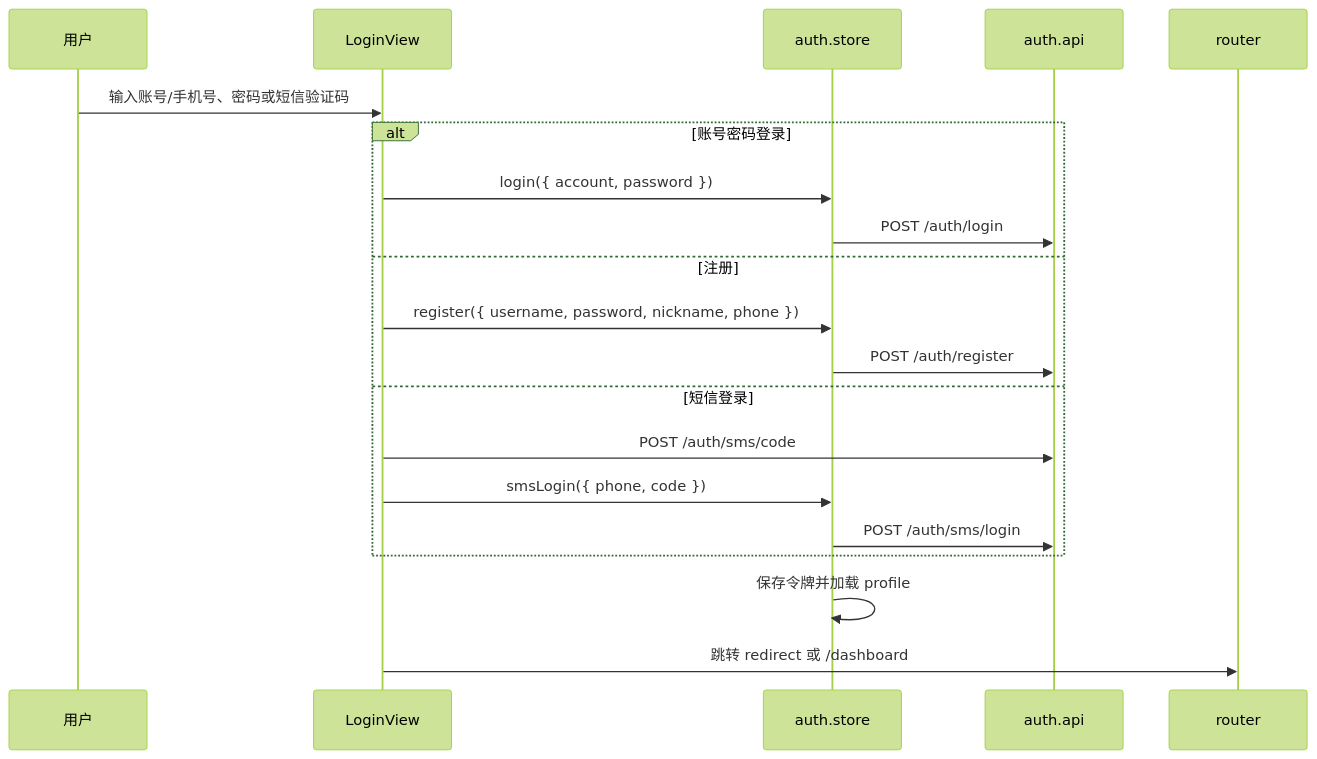
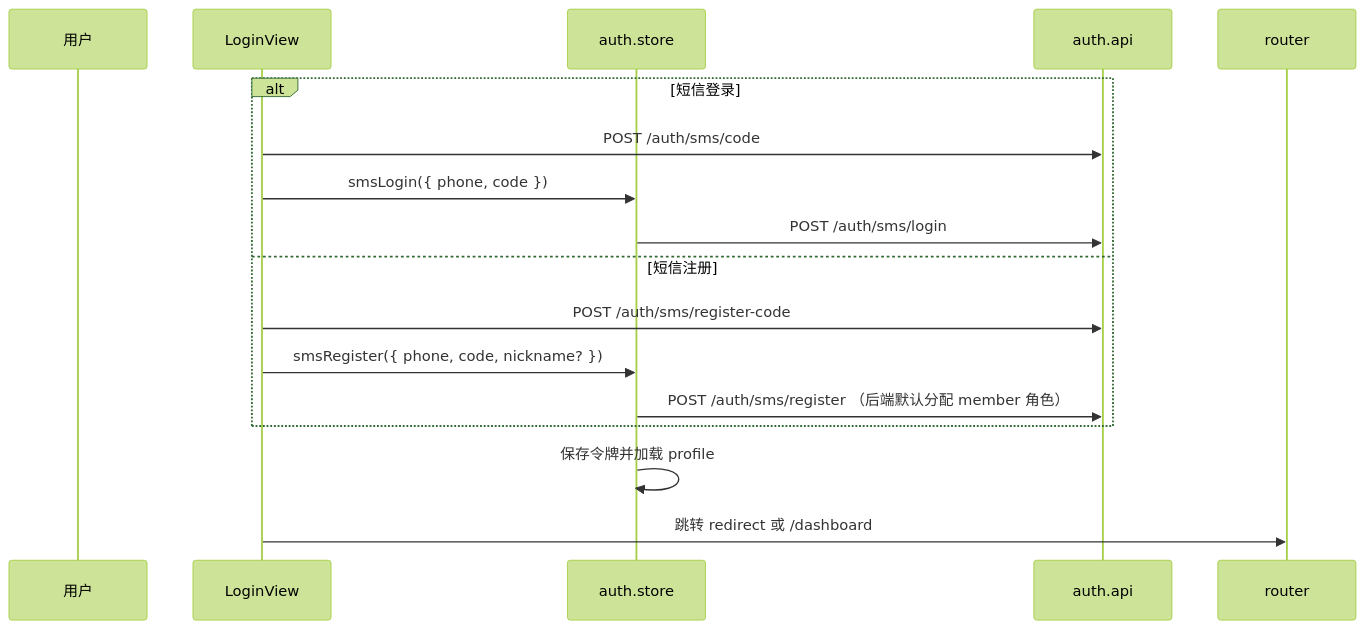
Before and after one commit to yiting001/E-sports-01: the second of 2 diagrams in docs/auth-ui.md, drawn with Mermaid (forest theme). The commit also changed other lines of this file and 13 other files, not shown here.

First line of the commit message:
feat(auth): 短信登录/注册页与后端短信自助注册

````diff
--- a/docs/auth-ui.md
+++ b/docs/auth-ui.md
@@ -50,23 +49,20 @@
 ```mermaid
 sequenceDiagram
   participant U as 用户
   participant V as LoginView
   participant S as auth.store
   participant A as auth.api
   participant R as router
 
-  U->>V: 输入账号/手机号、密码或短信验证码
-  alt 账号密码登录
-    V->>S: login({ account, password })
-    S->>A: POST /auth/login
-  else 注册
-    V->>S: register({ username, password, nickname, phone })
-    S->>A: POST /auth/register
-  else 短信登录
+  alt 短信登录
     V->>A: POST /auth/sms/code
     V->>S: smsLogin({ phone, code })
     S->>A: POST /auth/sms/login
+  else 短信注册
+    V->>A: POST /auth/sms/register-code
+    V->>S: smsRegister({ phone, code, nickname? })
+    S->>A: POST /auth/sms/register （后端默认分配 member 角色）
   end
   S->>S: 保存令牌并加载 profile
   V->>R: 跳转 redirect 或 /dashboard
 ```
````
